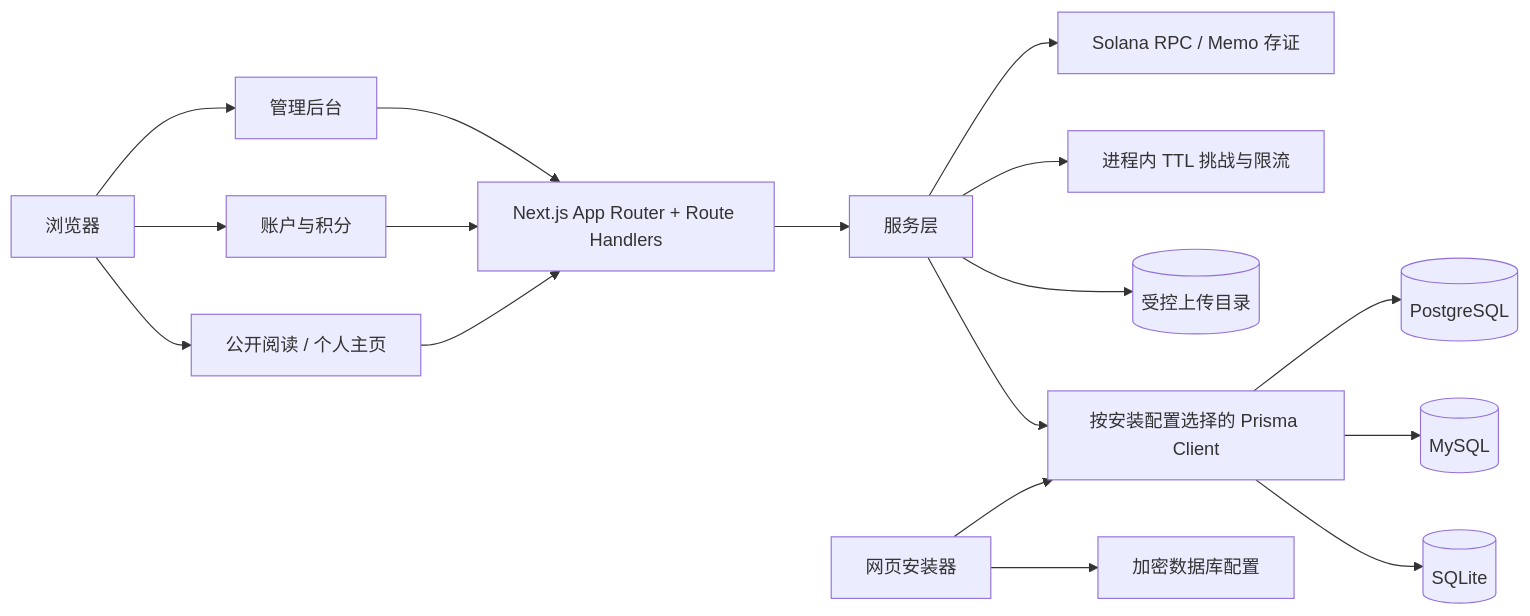
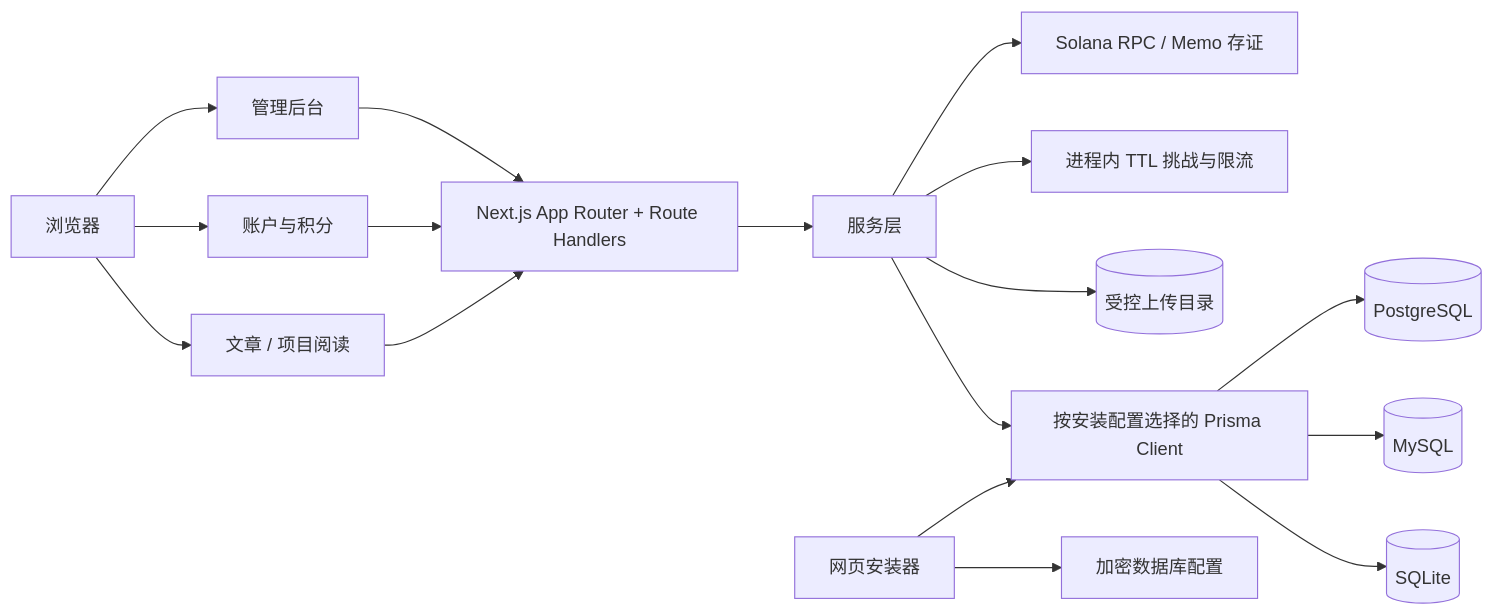
The diagram in README.md (holic512/SlothVault), drawn with Mermaid before and after one commit. The commit also changed other lines of this file and 63 other files, not shown here.

````diff
--- a/README.md
+++ b/README.md
@@ -119,23 +119,23 @@
 ```mermaid
 flowchart LR
-    Browser["浏览器"] --> Public["公开阅读 / 个人主页"]
+    Browser["浏览器"] --> Public["文章 / 项目阅读"]
     Browser --> Account["账户与积分"]
     Browser --> Admin["管理后台"]
 
     Public --> Routes["Next.js App Router + Route Handlers"]
     Account --> Routes
     Admin --> Routes
 
     Routes --> Services["服务层"]
     Services --> Prisma["按安装配置选择的 Prisma Client"]
     Prisma --> SQLite[(SQLite)]
     Prisma --> MySQL[(MySQL)]
     Prisma --> PostgreSQL[(PostgreSQL)]
 
     Services --> Uploads[(受控上传目录)]
     Services --> Memory["进程内 TTL 挑战与限流"]
     Services --> Solana["Solana RPC / Memo 存证"]
 
     Installer["网页安装器"] --> EncryptedConfig["加密数据库配置"]
     Installer --> Prisma
 ```
````
